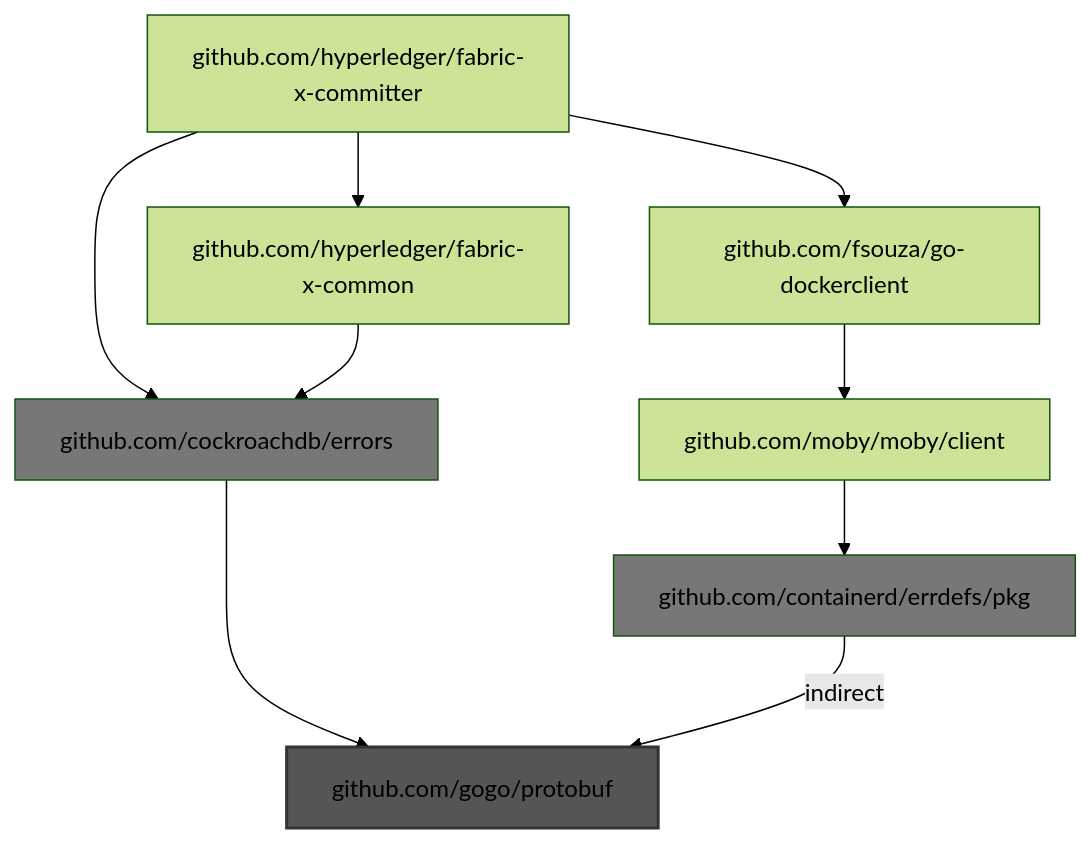
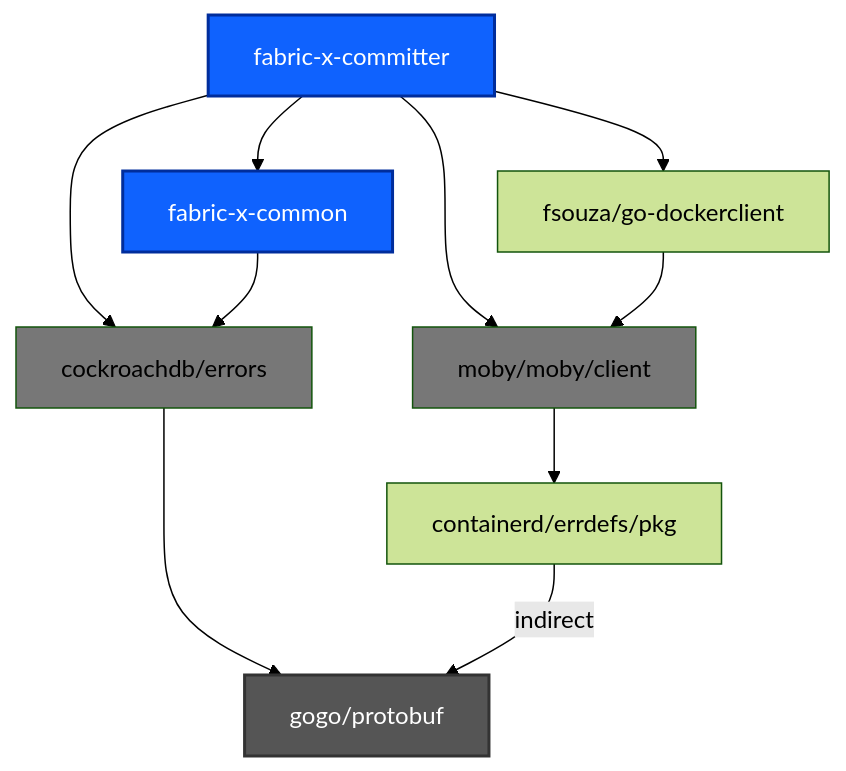
Before and after one commit to liran-funaro/fabric-x-committer: the fifth of 9 diagrams in bad-imports-analysis.md, drawn with Mermaid (forest theme). The commit also changed other lines of this file and 2 other files, not shown here.

````diff
--- a/bad-imports-analysis.md
+++ b/bad-imports-analysis.md
@@ -648,14 +261,17 @@
 ```mermaid
 graph TD
-    github.com/cockroachdb/errors --> github.com/gogo/protobuf
-    github.com/containerd/errdefs/pkg -->|indirect| github.com/gogo/protobuf
-    github.com/fsouza/go-dockerclient --> github.com/moby/moby/client
-    github.com/hyperledger/fabric-x-committer --> github.com/cockroachdb/errors
-    github.com/hyperledger/fabric-x-committer --> github.com/fsouza/go-dockerclient
-    github.com/hyperledger/fabric-x-committer --> github.com/hyperledger/fabric-x-common
-    github.com/hyperledger/fabric-x-common --> github.com/cockroachdb/errors
-    github.com/moby/moby/client --> github.com/containerd/errdefs/pkg
-    style github.com/gogo/protobuf fill:#555,stroke:#333,stroke-width:2px
-    style github.com/cockroachdb/errors fill:#777
-    style github.com/containerd/errdefs/pkg fill:#777
+    cockroachdb/errors --> gogo/protobuf
+    containerd/errdefs/pkg -->|indirect| gogo/protobuf
+    fabric-x-committer --> cockroachdb/errors
+    fabric-x-committer --> fabric-x-common
+    fabric-x-committer --> fsouza/go-dockerclient
+    fabric-x-committer --> moby/moby/client
+    fabric-x-common --> cockroachdb/errors
+    fsouza/go-dockerclient --> moby/moby/client
+    moby/moby/client --> containerd/errdefs/pkg
+    style cockroachdb/errors fill:#777
+    style gogo/protobuf fill:#555,stroke:#333,stroke-width:2px,color:#fff
+    style fabric-x-committer fill:#0f62fe,stroke:#002d9c,stroke-width:2px,color:#fff
+    style fabric-x-common fill:#0f62fe,stroke:#002d9c,stroke-width:2px,color:#fff
+    style moby/moby/client fill:#777
 ```
````
